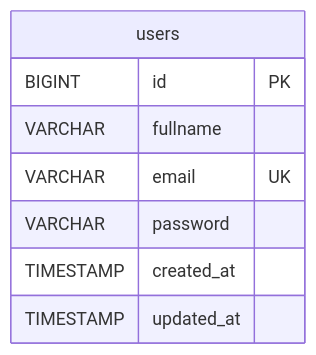
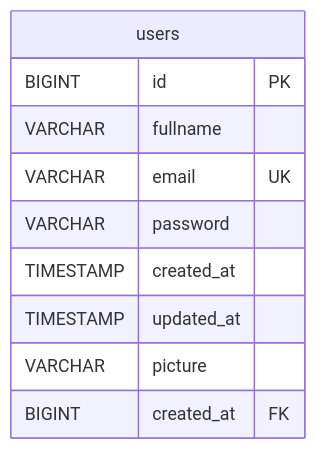
The diagram in readme.md (dimastadeoo/koda-b8-backend2), drawn with Mermaid before and after one commit. The commit also changed other lines of this file, not shown here.

````diff
--- a/readme.md
+++ b/readme.md
@@ -158,11 +186,13 @@
 ```mermaid
 erDiagram
     users {
         BIGINT id PK
         VARCHAR fullname
         VARCHAR email UK
         VARCHAR password
         TIMESTAMP created_at
         TIMESTAMP updated_at
+        VARCHAR picture
+        BIGINT created_at FK
     }
 ```
````
